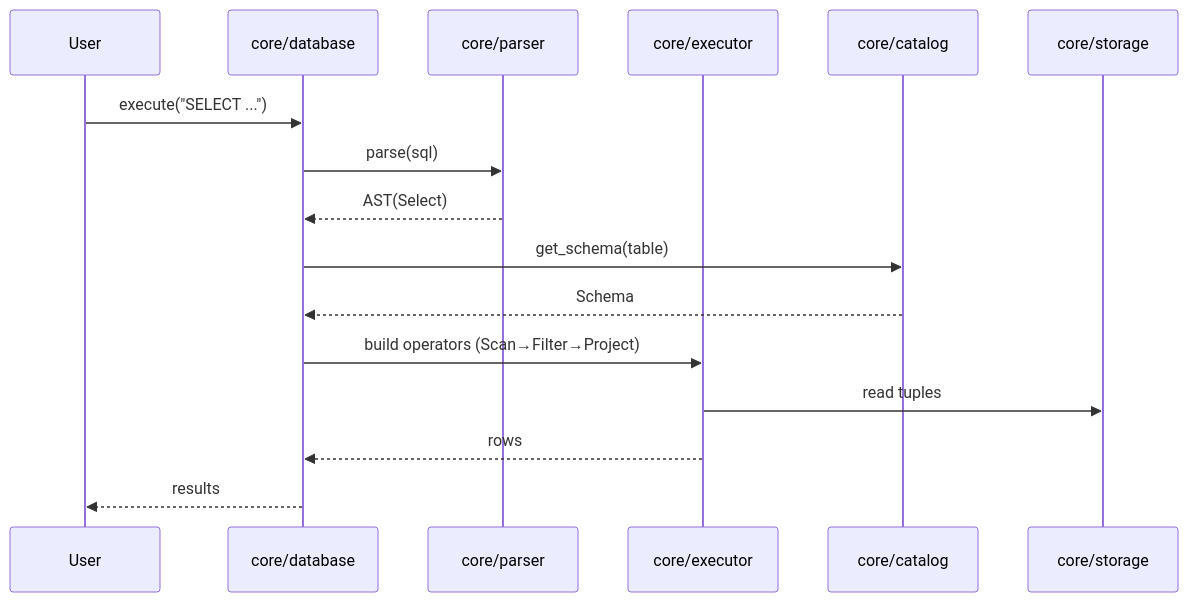
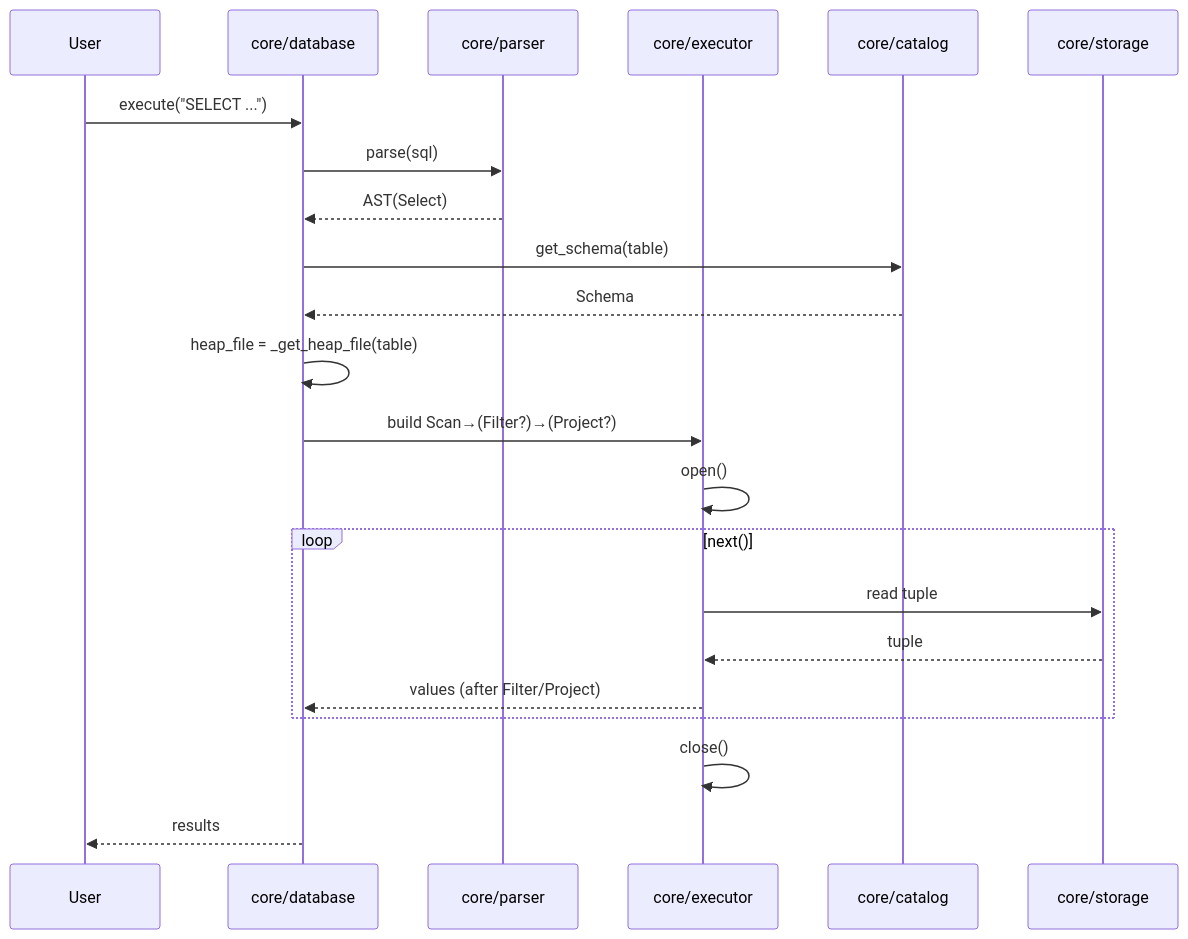
Before and after one commit to hirotosuzuki/Senku: the first of 3 diagrams in database/docs/blogs/phase1-sequence-overview.md, drawn with Mermaid. The commit also changed 2 other files, not shown here.

Commit message:
ストレージ層のドキュメント追加とコード改善
- ストレージ層のブログ記事(phase1-storage.md)を追加
- シーケンス図を更新してheap_fileの取得と実行エンジンの詳細を追加
- page.pyから不要なimport(Any)を削除

````diff
--- a/database/docs/blogs/phase1-sequence-overview.md
+++ b/database/docs/blogs/phase1-sequence-overview.md
@@ -35,19 +35,27 @@
 ```mermaid
 sequenceDiagram
     participant U as User
     participant D as core/database
     participant P as core/parser
     participant E as core/executor
     participant C as core/catalog
     participant S as core/storage
 
     U->>D: execute("SELECT ...")
     D->>P: parse(sql)
     P-->>D: AST(Select)
+
     D->>C: get_schema(table)
     C-->>D: Schema
-    D->>E: build operators (Scan→Filter→Project)
-    E->>S: read tuples
-    E-->>D: rows
+    D->>D: heap_file = _get_heap_file(table)
+
+    D->>E: build Scan→(Filter?)→(Project?)
+    E->>E: open()
+    loop next()
+        E->>S: read tuple
+        S-->>E: tuple
+        E-->>D: values (after Filter/Project)
+    end
+    E->>E: close()
     D-->>U: results
 ```
````
